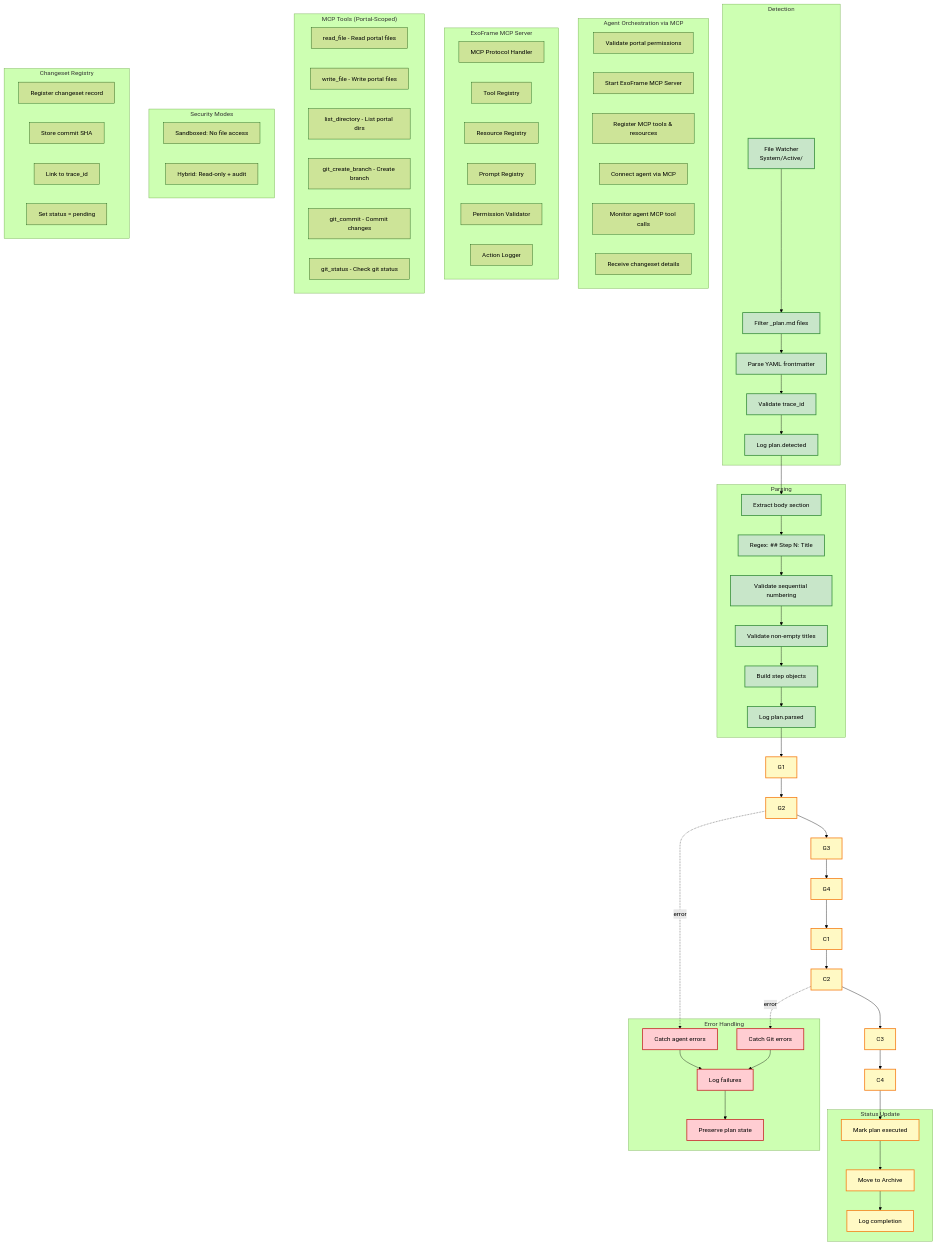
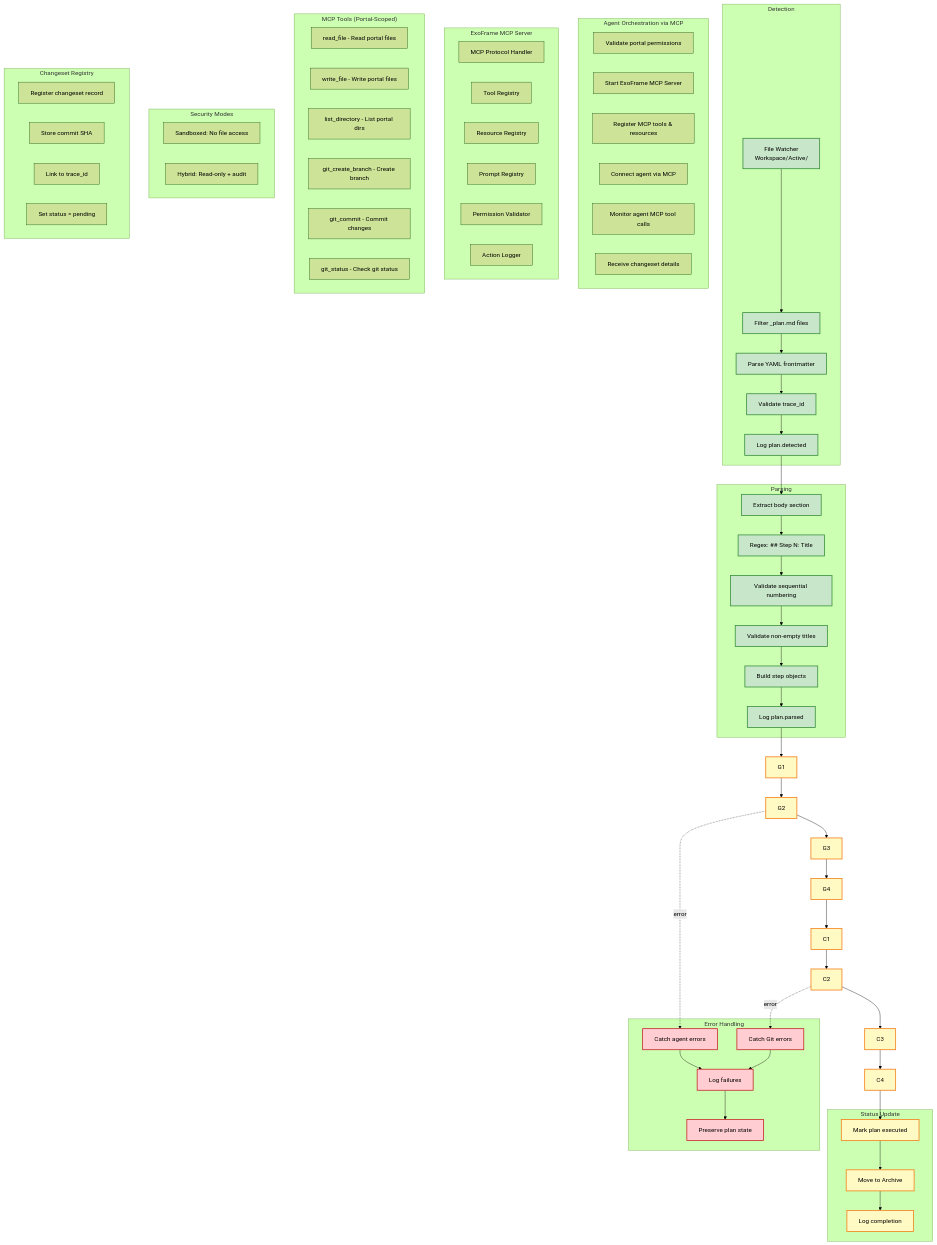
Before and after one commit to dostark/exoframe-public: the fifth of 18 diagrams in docs/ExoFrame_Architecture.md, drawn with Mermaid (forest theme). The commit also changed other lines of this file and 212 other files, not shown here.

````diff
--- a/docs/ExoFrame_Architecture.md
+++ b/docs/ExoFrame_Architecture.md
@@ -409,7 +410,7 @@
 ```mermaid
 graph TB
     subgraph Detection[Detection]
-        D1[File Watcher<br/>System/Active/]
+        D1[File Watcher<br/>Workspace/Active/]
         D2[Filter _plan.md files]
         D3[Parse YAML frontmatter]
         D4[Validate trace_id]
````
